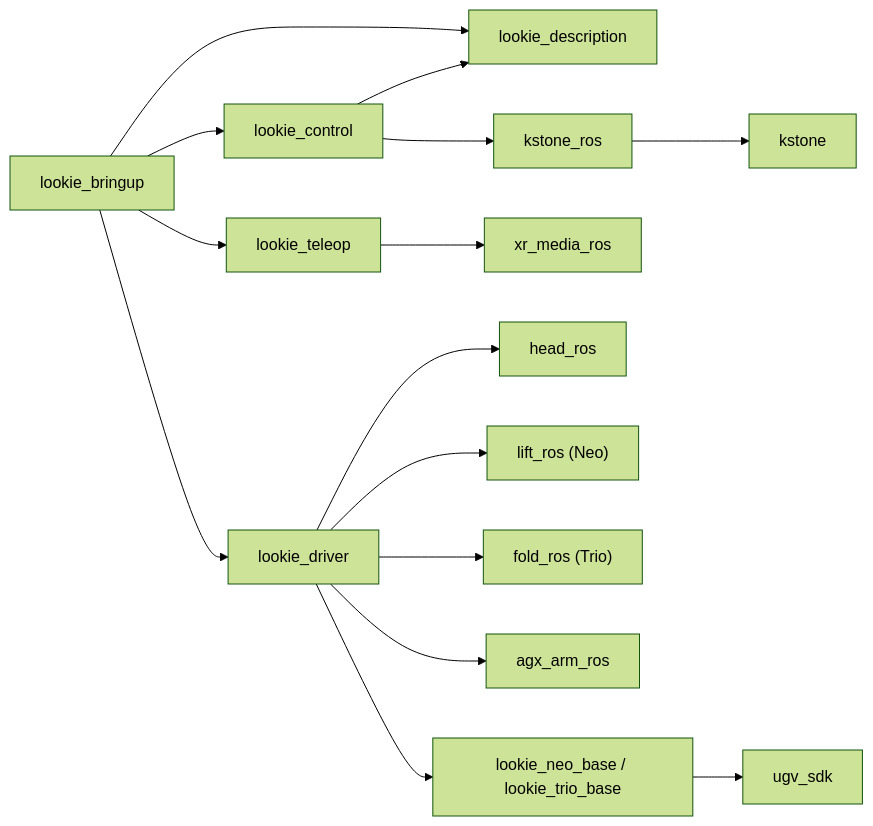
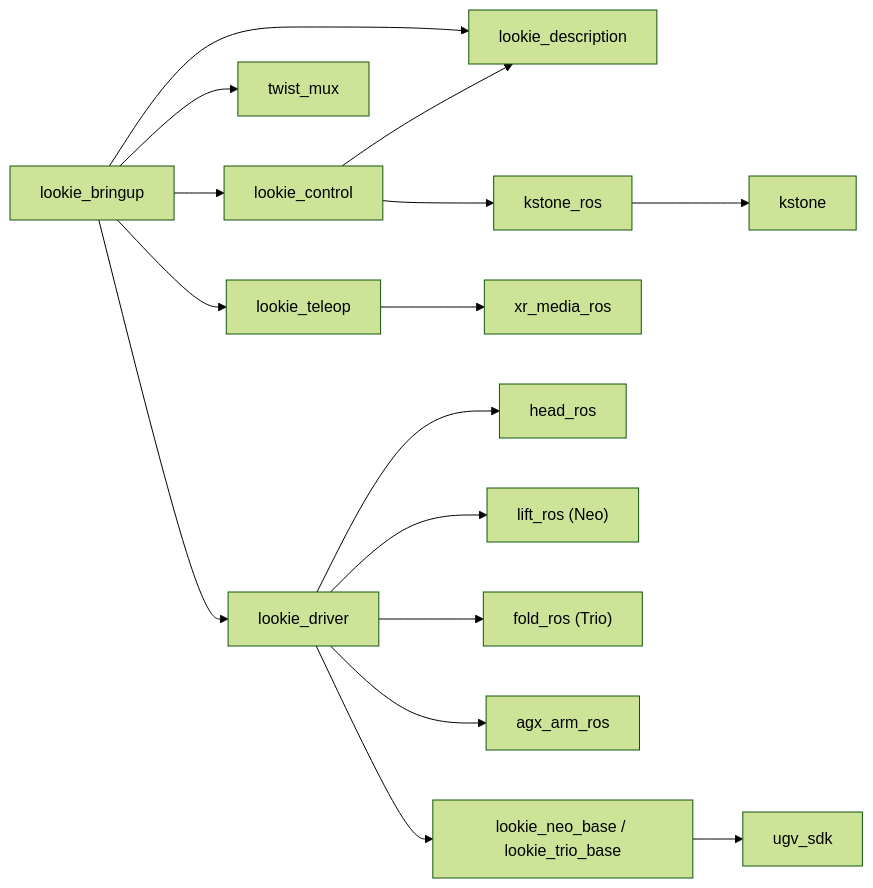
Before and after one commit to AgilexOpensource/lookie_ros: the sixth of 7 diagrams in docs/architecture.zh-CN.md, drawn with Mermaid (forest theme). The commit also changed other lines of this file and 23 other files, not shown here.

````diff
--- a/docs/architecture.zh-CN.md
+++ b/docs/architecture.zh-CN.md
@@ -188,15 +198,16 @@
 ```mermaid
 flowchart LR
     BR["lookie_bringup"] --> DRV["lookie_driver"]
+    BR --> TM["twist_mux"]
     BR --> CTL["lookie_control"]
     BR --> TEL["lookie_teleop"]
     BR --> LD["lookie_description"]
     CTL --> KR["kstone_ros"] --> KE["kstone"]
     CTL --> LD
     TEL --> XMR["xr_media_ros"]
     DRV --> HR["head_ros"]
     DRV --> LR["lift_ros (Neo)"]
     DRV --> FR["fold_ros (Trio)"]
     DRV --> AR["agx_arm_ros"]
     DRV --> SR["lookie_neo_base / lookie_trio_base"] --> UG["ugv_sdk"]
 ```
````
